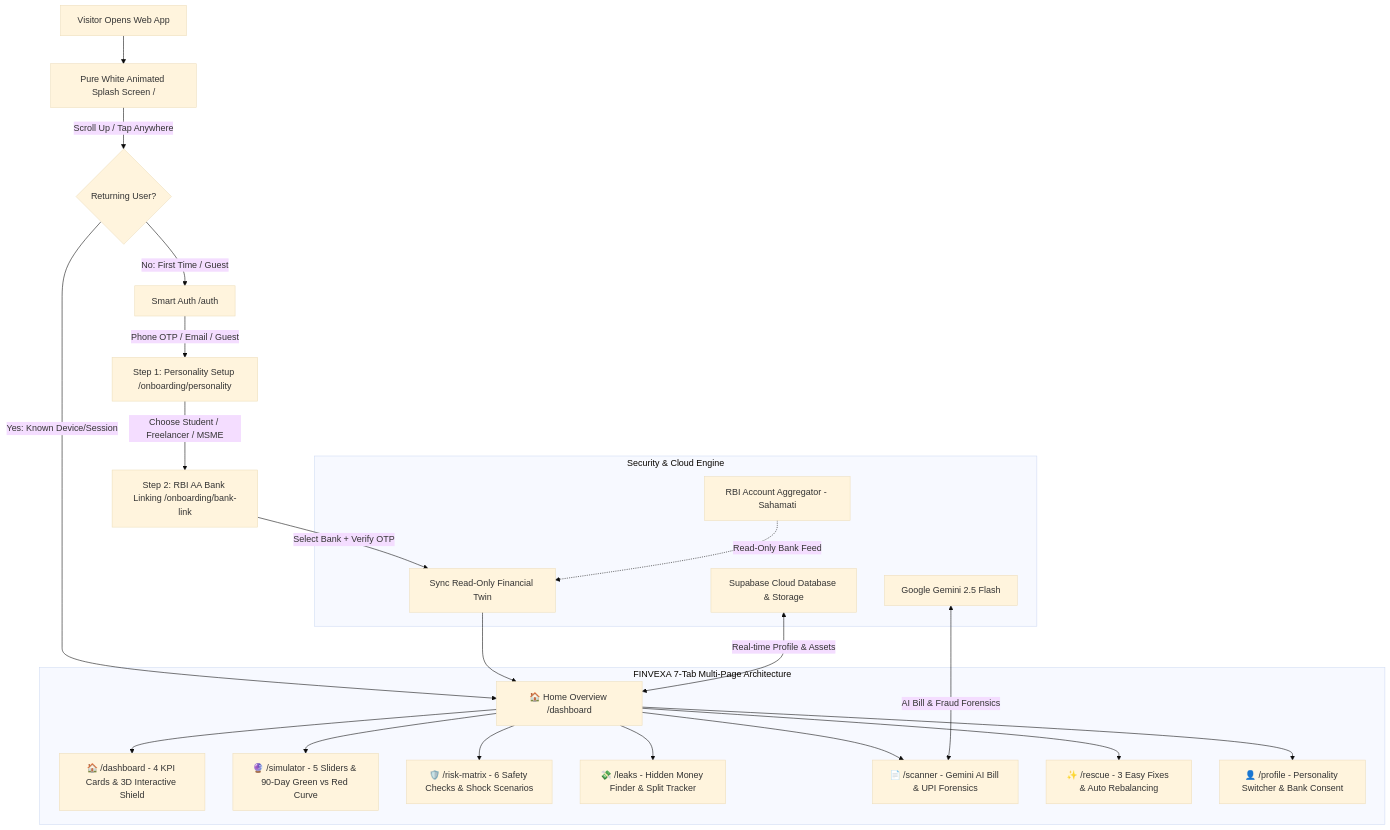
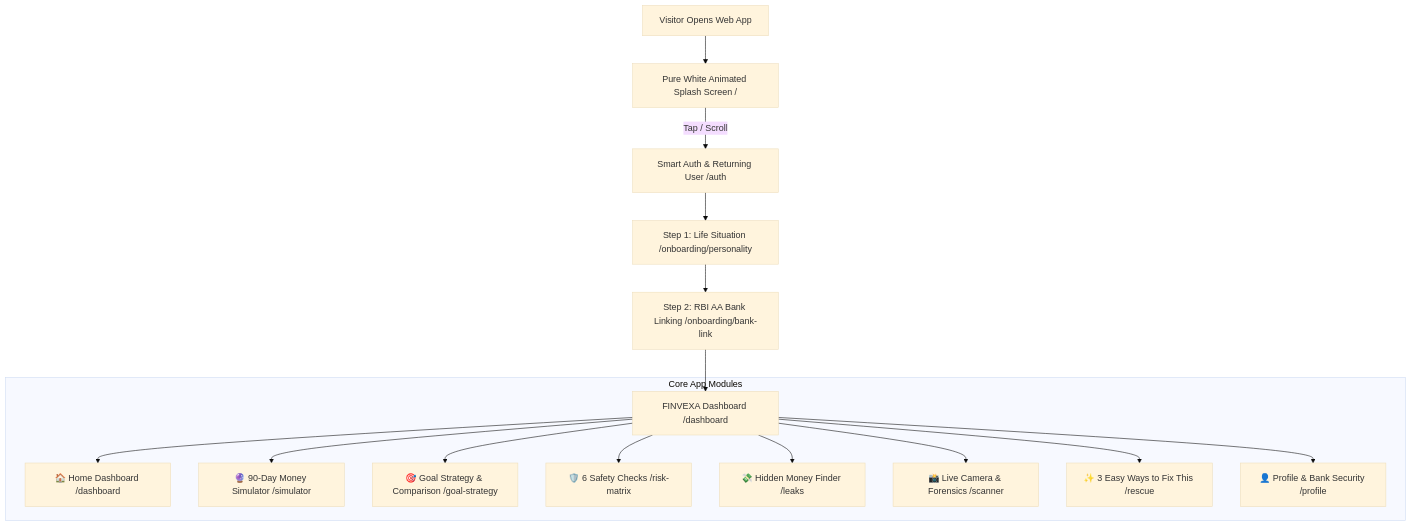
Before and after one commit to RAYAPURAMVIKRAM/Srujana_hackathon2026_FINVEXA-AI: the diagram in README.md, drawn with Mermaid (base theme). The commit also changed other lines of this file and 21 other files, not shown here.

Commit message:
feat: official white fintech UI, simple terminology for all personas, comparison page, live camera scanner, and full README

````diff
--- a/README.md
+++ b/README.md
@@ -11,28 +76,19 @@
 ```mermaid
 flowchart TD
     A[Visitor Opens Web App] --> B[Pure White Animated Splash Screen /]
-    B -->|Scroll Up / Tap Anywhere| C{Returning User?}
-    C -->|Yes: Known Device/Session| D[🏠 Home Overview /dashboard]
-    C -->|No: First Time / Guest| E[Smart Auth /auth]
+    B -->|Tap / Scroll| C[Smart Auth & Returning User /auth]
+    C --> D[Step 1: Life Situation /onboarding/personality]
+    D --> E[Step 2: RBI AA Bank Linking /onboarding/bank-link]
+    E --> F[FINVEXA Dashboard /dashboard]
 
-    E -->|Phone OTP / Email / Guest| F[Step 1: Personality Setup /onboarding/personality]
-    F -->|Choose Student / Freelancer / MSME| G[Step 2: RBI AA Bank Linking /onboarding/bank-link]
-    G -->|Select Bank + Verify OTP| H[Sync Read-Only Financial Twin]
-    H --> D
-
-    subgraph "FINVEXA 7-Tab Multi-Page Architecture"
-        D --> M1[🏠 /dashboard - 4 KPI Cards & 3D Interactive Shield]
-        D --> M2[🔮 /simulator - 5 Sliders & 90-Day Green vs Red Curve]
-        D --> M3[🛡️ /risk-matrix - 6 Safety Checks & Shock Scenarios]
-        D --> M4[💸 /leaks - Hidden Money Finder & Split Tracker]
-        D --> M5[📄 /scanner - Gemini AI Bill & UPI Forensics]
-        D --> M6[✨ /rescue - 3 Easy Fixes & Auto Rebalancing]
-        D --> M7[👤 /profile - Personality Switcher & Bank Consent]
-    end
-
-    subgraph "Security & Cloud Engine"
-        RBIAA[RBI Account Aggregator - Sahamati] -.->|Read-Only Bank Feed| H
-        SUPA[Supabase Cloud Database & Storage] <-->|Real-time Profile & Assets| D
-        GEMINI[Google Gemini 2.5 Flash] <-->|AI Bill & Fraud Forensics| M5
+    subgraph "Core App Modules"
+        F --> M1[🏠 Home Dashboard /dashboard]
+        F --> M2[🔮 90-Day Money Simulator /simulator]
+        F --> M3[🎯 Goal Strategy & Comparison /goal-strategy]
+        F --> M4[🛡️ 6 Safety Checks /risk-matrix]
+        F --> M5[💸 Hidden Money Finder /leaks]
+        F --> M6[📸 Live Camera & Forensics /scanner]
+        F --> M7[✨ 3 Easy Ways to Fix This /rescue]
+        F --> M8[👤 Profile & Bank Security /profile]
     end
 ```
````
